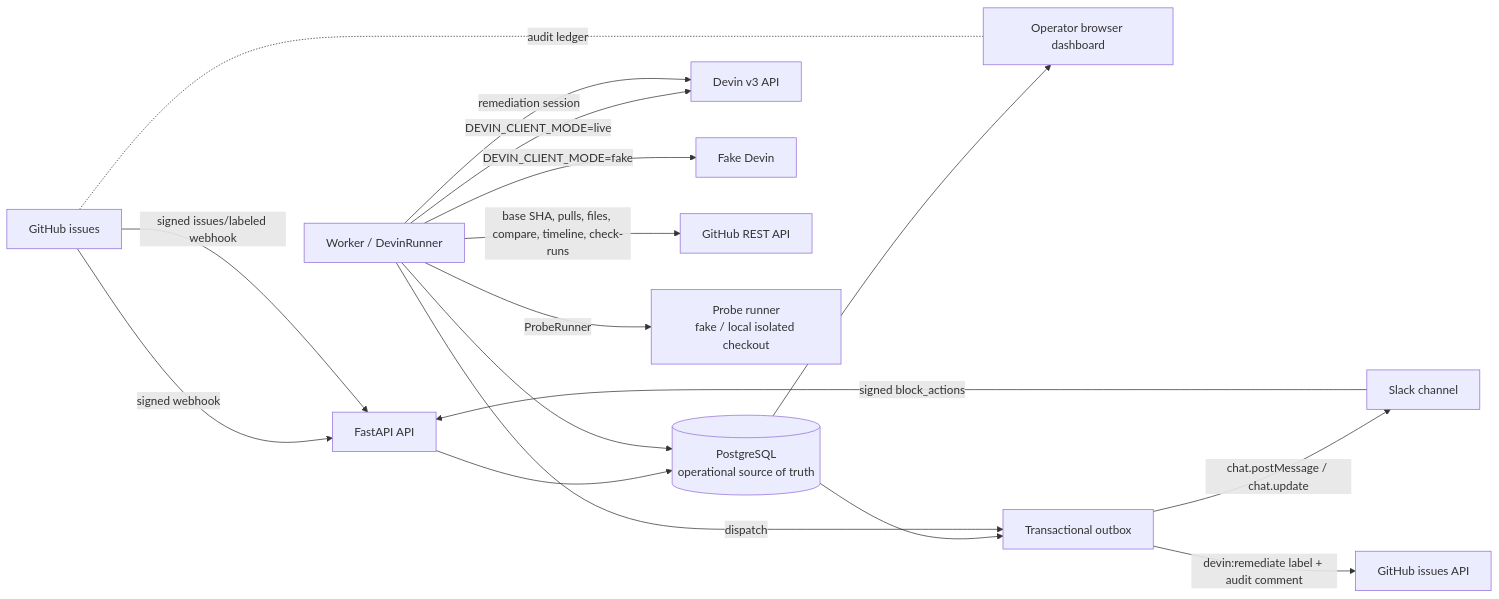
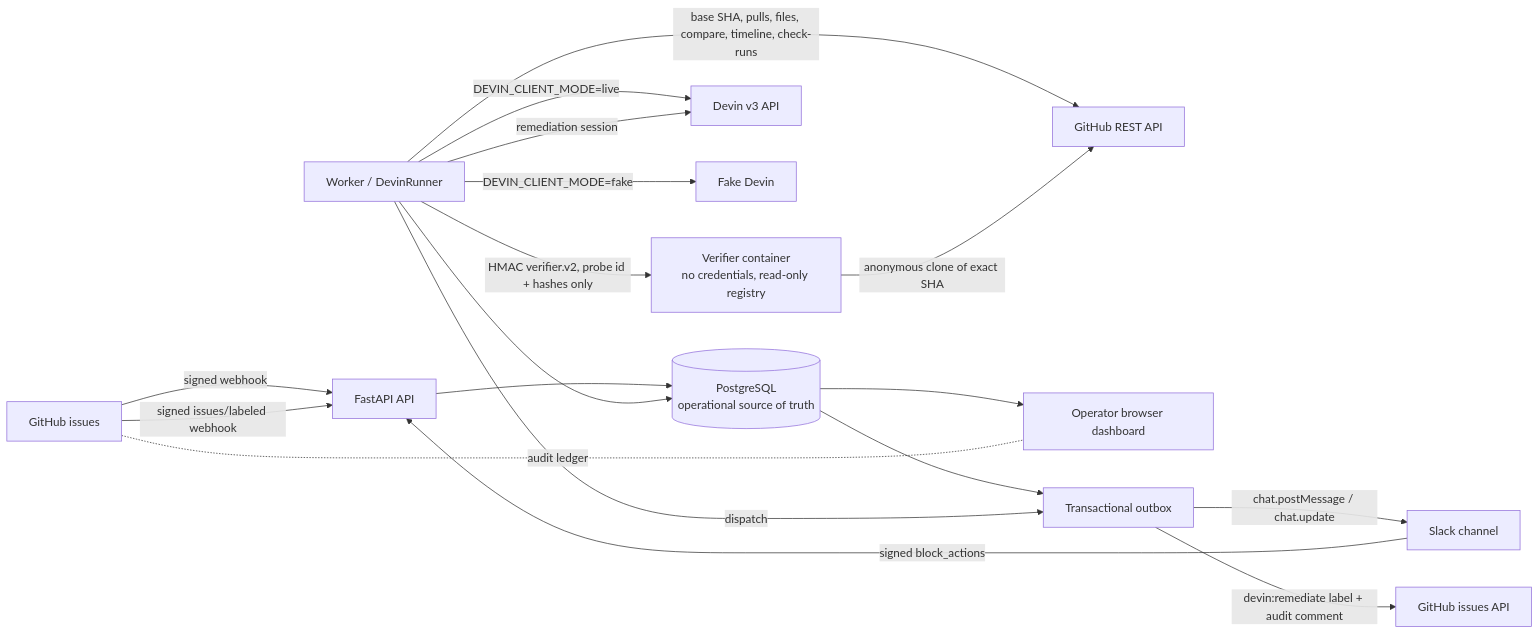
One commit to marcelaubry/superset-devin-remediator changed the first of 2 diagrams in docs/architecture.md. Above: the diagram before and after it, drawn with Mermaid. The commit also changed other lines of this file and 25 other files, not shown here.

````diff
--- a/docs/architecture.md
+++ b/docs/architecture.md
@@ -68,19 +93,20 @@
 ```mermaid
 flowchart LR
   GH[GitHub issues] -->|signed webhook| API[FastAPI API]
   API --> DB[(PostgreSQL\noperational source of truth)]
   W[Worker / DevinRunner] --> DB
   W -->|DEVIN_CLIENT_MODE=live| L[Devin v3 API]
   W -->|DEVIN_CLIENT_MODE=fake| D[Fake Devin]
   W -->|base SHA, pulls, files, compare, timeline, check-runs| GHAPI[GitHub REST API]
-  W -->|ProbeRunner| P[Probe runner\nfake / local isolated checkout]
+  W -->|HMAC verifier.v2, probe id + hashes only| P[Verifier container\nno credentials, read-only registry]
+  P -->|anonymous clone of exact SHA| GHAPI
   W -->|remediation session| L
   DB --> UI[Operator browser dashboard]
   DB --> O[Transactional outbox]
   W -->|dispatch| O
   O -->|chat.postMessage / chat.update| SL[Slack channel]
   SL -->|signed block_actions| API
   O -->|devin:remediate label + audit comment| GHAPI2[GitHub issues API]
   GH -->|signed issues/labeled webhook| API
   GH -. audit ledger .- UI
 ```
````
